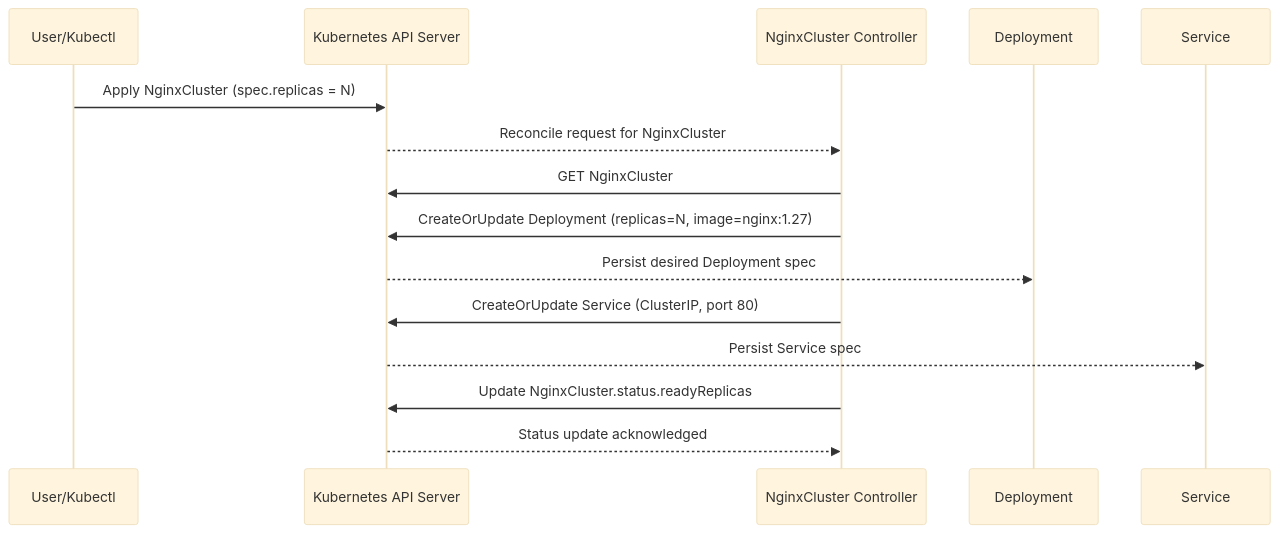
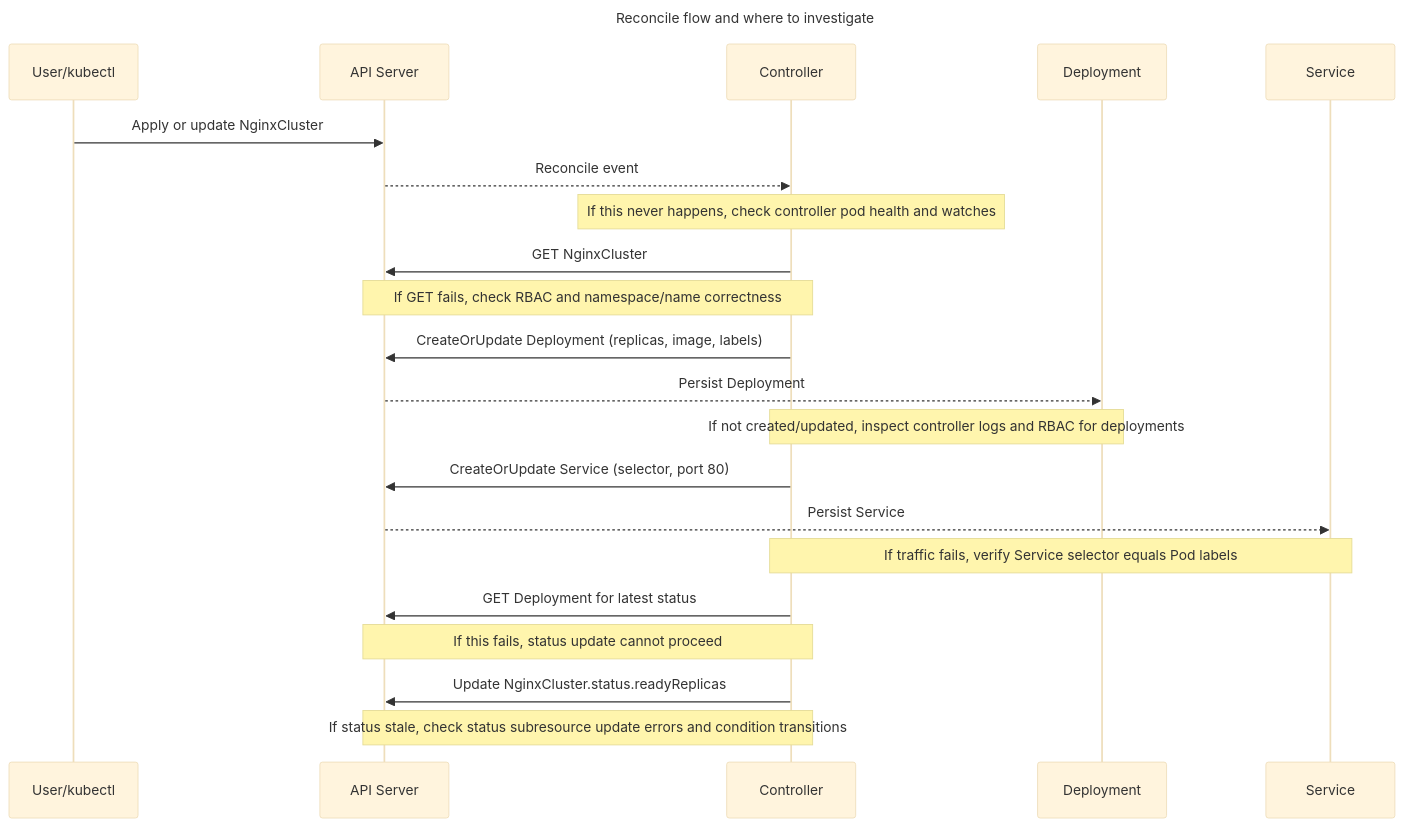
One commit to ninja-nb/nginx-operator changed the diagram in docs/operator-design-qna.md. Above: the diagram before and after it, drawn with Mermaid (base theme). The commit also changed other lines of this file and 5 other files, not shown here.

First line of the commit message:
Harden NginxCluster reconciliation and validation.

````diff
--- a/docs/operator-design-qna.md
+++ b/docs/operator-design-qna.md
@@ -45,18 +80,30 @@
 ```mermaid
 sequenceDiagram
-    participant U as User/Kubectl
-    participant APIS as Kubernetes API Server
-    participant C as NginxCluster Controller
+    title Reconcile flow and where to investigate
+    participant U as User/kubectl
+    participant A as API Server
+    participant C as Controller
     participant D as Deployment
     participant S as Service
 
-    U->>APIS: Apply NginxCluster (spec.replicas = N)
-    APIS-->>C: Reconcile request for NginxCluster
-    C->>APIS: GET NginxCluster
-    C->>APIS: CreateOrUpdate Deployment (replicas=N, image=nginx:1.27)
-    APIS-->>D: Persist desired Deployment spec
-    C->>APIS: CreateOrUpdate Service (ClusterIP, port 80)
-    APIS-->>S: Persist Service spec
-    C->>APIS: Update NginxCluster.status.readyReplicas
-    APIS-->>C: Status update acknowledged
+    U->>A: Apply or update NginxCluster
+    A-->>C: Reconcile event
+    Note over C: If this never happens, check controller pod health and watches
+
+    C->>A: GET NginxCluster
+    Note over C,A: If GET fails, check RBAC and namespace/name correctness
+
+    C->>A: CreateOrUpdate Deployment (replicas, image, labels)
+    A-->>D: Persist Deployment
+    Note over C,D: If not created/updated, inspect controller logs and RBAC for deployments
+
+    C->>A: CreateOrUpdate Service (selector, port 80)
+    A-->>S: Persist Service
+    Note over C,S: If traffic fails, verify Service selector equals Pod labels
+
+    C->>A: GET Deployment for latest status
+    Note over C,A: If this fails, status update cannot proceed
+
+    C->>A: Update NginxCluster.status.readyReplicas
+    Note over C,A: If status stale, check status subresource update errors and condition transitions
 ```
````
